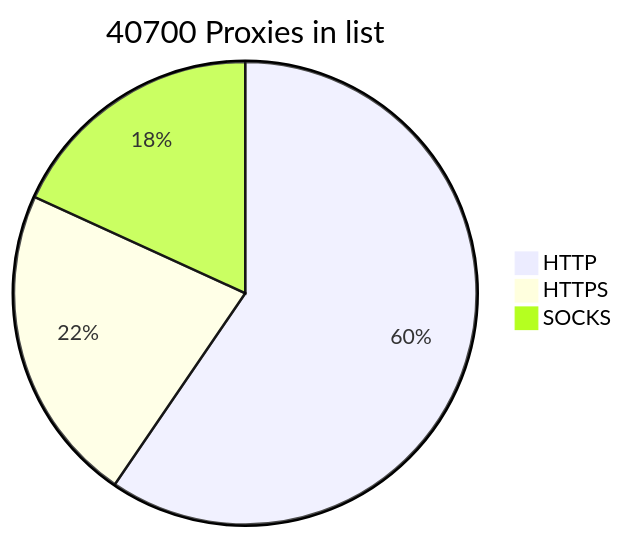
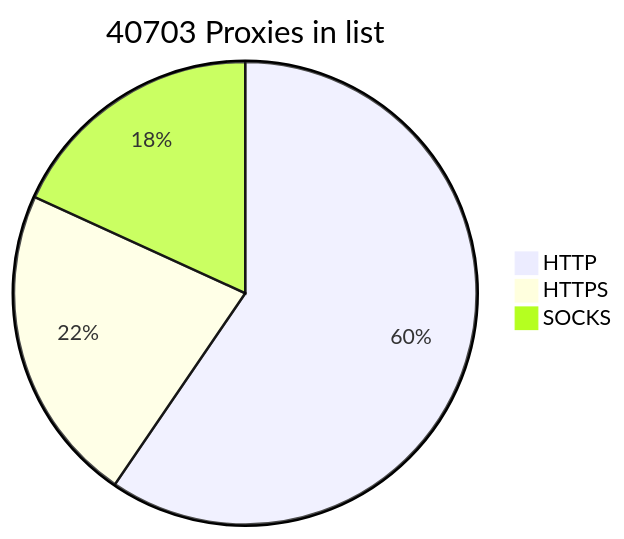
The diagram in README.md (BlackSnowDot/proxylist-update-every-minute), drawn with Mermaid before and after one commit.

````diff
--- a/README.md
+++ b/README.md
@@ -2,6 +2,6 @@
 ```mermaid
-pie title 40700 Proxies in list
+pie title 40703 Proxies in list
     "HTTP" : 28420
     "HTTPS": 10646
-    "SOCKS" : 8677
+    "SOCKS" : 8680
 ```
````
